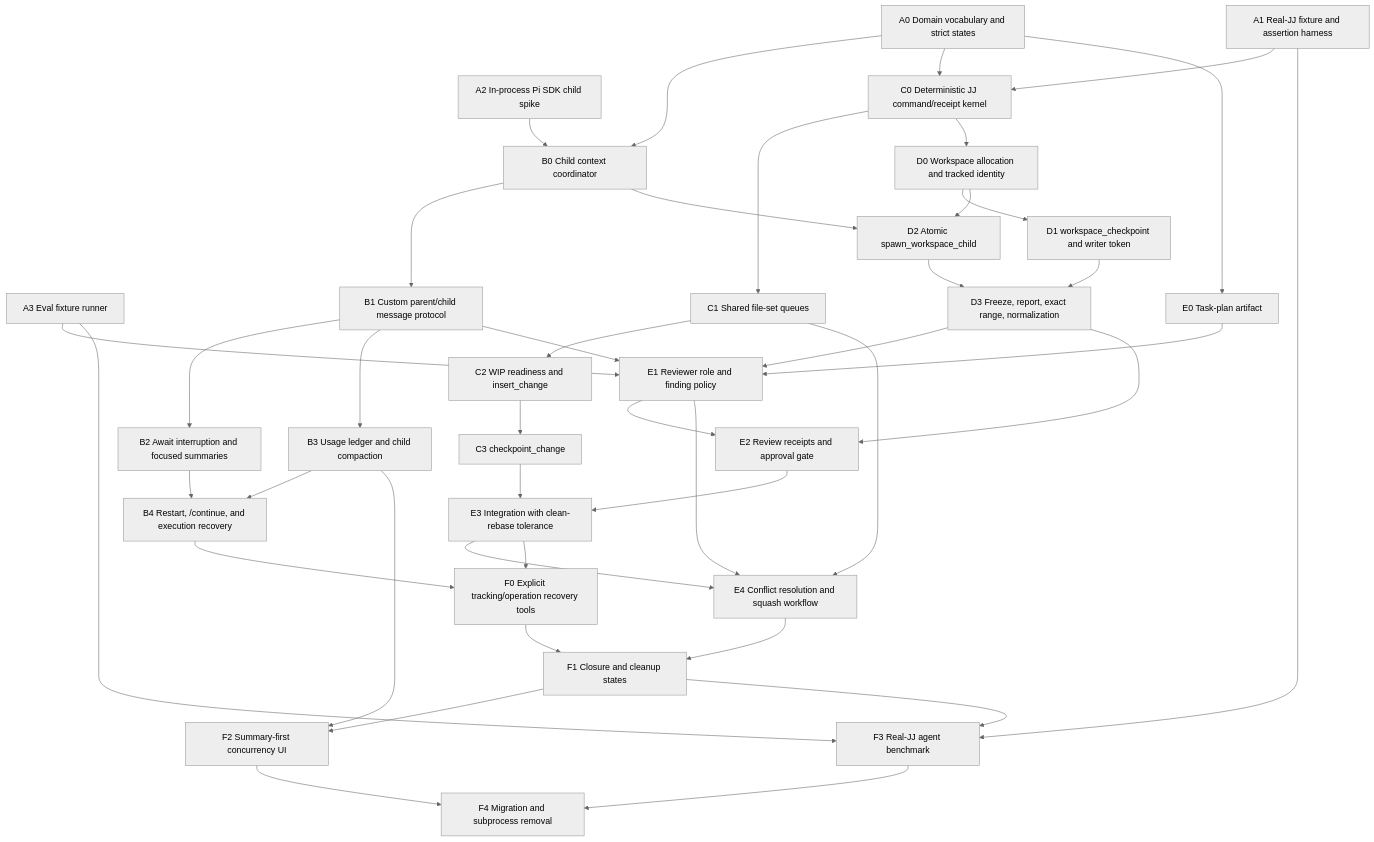
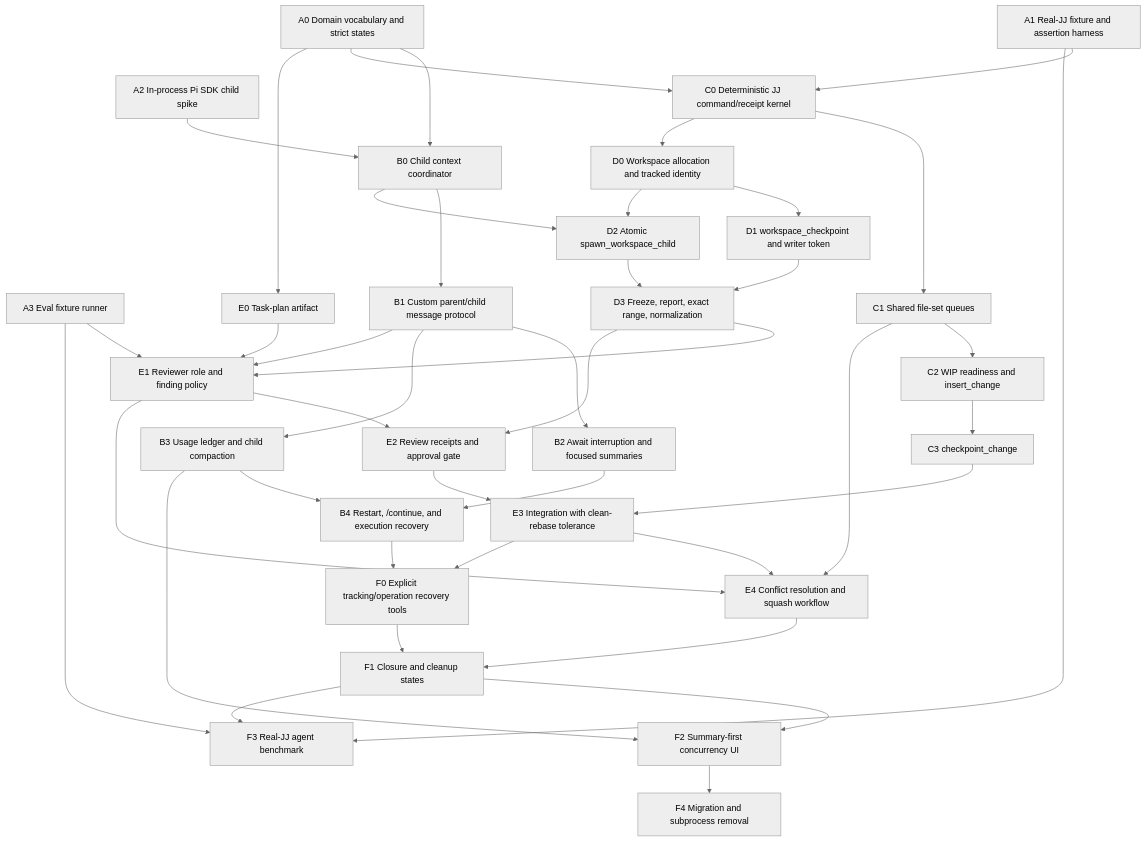
Before and after one commit to xavierchanth/pi-guardian: the diagram in docs/agent-concurrency/IMPLEMENTATION_DAG.md, drawn with Mermaid (neutral theme). The commit also changed other lines of this file and 7 other files, not shown here.

````diff
--- a/docs/agent-concurrency/IMPLEMENTATION_DAG.md
+++ b/docs/agent-concurrency/IMPLEMENTATION_DAG.md
@@ -7,81 +7,80 @@
 ```mermaid
 graph TD
   A0["A0 Domain vocabulary and strict states"]
   A1["A1 Real-JJ fixture and assertion harness"]
   A2["A2 In-process Pi SDK child spike"]
   A3["A3 Eval fixture runner"]
 
   B0["B0 Child context coordinator"]
   B1["B1 Custom parent/child message protocol"]
   B2["B2 Await interruption and focused summaries"]
   B3["B3 Usage ledger and child compaction"]
   B4["B4 Restart, /continue, and execution recovery"]
 
   C0["C0 Deterministic JJ command/receipt kernel"]
   C1["C1 Shared file-set queues"]
   C2["C2 WIP readiness and insert_change"]
   C3["C3 checkpoint_change"]
 
   D0["D0 Workspace allocation and tracked identity"]
   D1["D1 workspace_checkpoint and writer token"]
   D2["D2 Atomic spawn_workspace_child"]
   D3["D3 Freeze, report, exact range, normalization"]
 
   E0["E0 Task-plan artifact"]
   E1["E1 Reviewer role and finding policy"]
   E2["E2 Review receipts and approval gate"]
   E3["E3 Integration with clean-rebase tolerance"]
   E4["E4 Conflict resolution and squash workflow"]
 
   F0["F0 Explicit tracking/operation recovery tools"]
   F1["F1 Closure and cleanup states"]
   F2["F2 Summary-first concurrency UI"]
   F3["F3 Real-JJ agent benchmark"]
   F4["F4 Migration and subprocess removal"]
 
   A0 --> B0
   A2 --> B0
   B0 --> B1
   B1 --> B2
   B1 --> B3
   B2 --> B4
   B3 --> B4
 
   A0 --> C0
   A1 --> C0
   C0 --> C1
   C1 --> C2
   C2 --> C3
 
   C0 --> D0
   D0 --> D1
   B0 --> D2
   D0 --> D2
   D1 --> D3
   D2 --> D3
 
   A0 --> E0
   A3 --> E1
   E0 --> E1
   B1 --> E1
   D3 --> E1
   E1 --> E2
   D3 --> E2
   E2 --> E3
   C3 --> E3
   E3 --> E4
   C1 --> E4
   E1 --> E4
 
   B4 --> F0
   E3 --> F0
   E4 --> F1
   F0 --> F1
   B3 --> F2
   F1 --> F2
   A3 --> F3
   F1 --> F3
   A1 --> F3
   F2 --> F4
-  F3 --> F4
 ```
````
